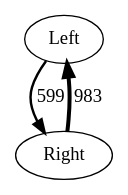
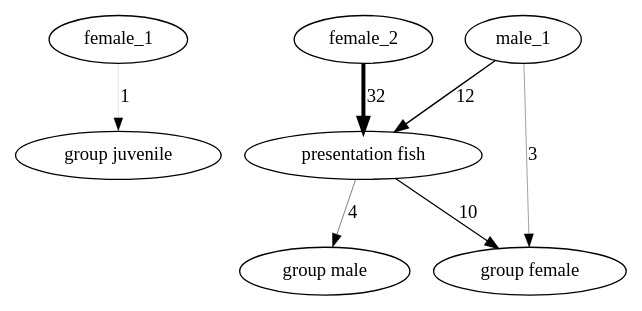
One commit to nicolkraus/AnalyzeBehavior changed the diagram in images/interactions.gv. Above: the diagram before and after it, drawn with Graphviz. The commit also changed 10 other files, not shown here.

```diff
--- a/images/interactions.gv
+++ b/images/interactions.gv
@@ -1,6 +1,15 @@
 strict digraph  {
-Left;
-Right;
-Left -> Right  [label=599, penwidth="1.8280773143438453"];
-Right -> Left  [label=983, penwidth="3.0"];
+female_1;
+"group juvenile";
+female_2;
+"presentation fish";
+male_1;
+"group female";
+"group male";
+female_1 -> "group juvenile"  [label=1, penwidth="0.09375"];
+female_2 -> "presentation fish"  [label=32, penwidth="3.0"];
+"presentation fish" -> "group female"  [label=10, penwidth="0.9375"];
+"presentation fish" -> "group male"  [label=4, penwidth="0.375"];
+male_1 -> "group female"  [label=3, penwidth="0.28125"];
+male_1 -> "presentation fish"  [label=12, penwidth="1.125"];
 }
```
